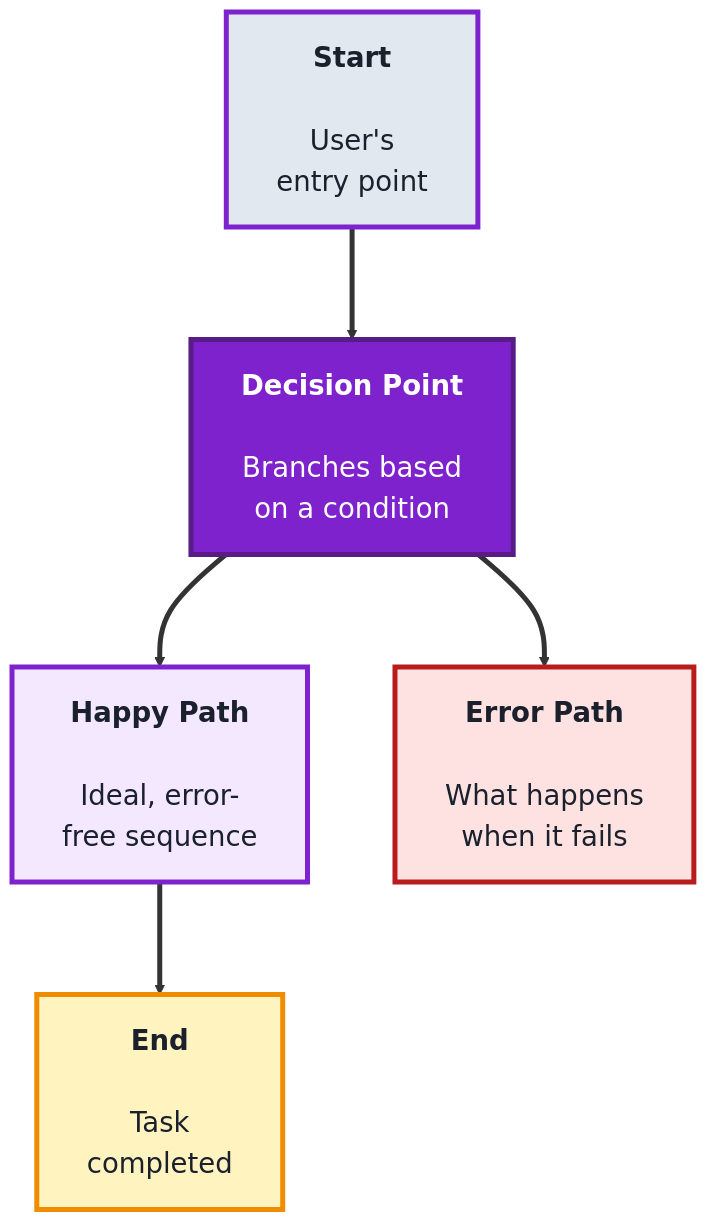
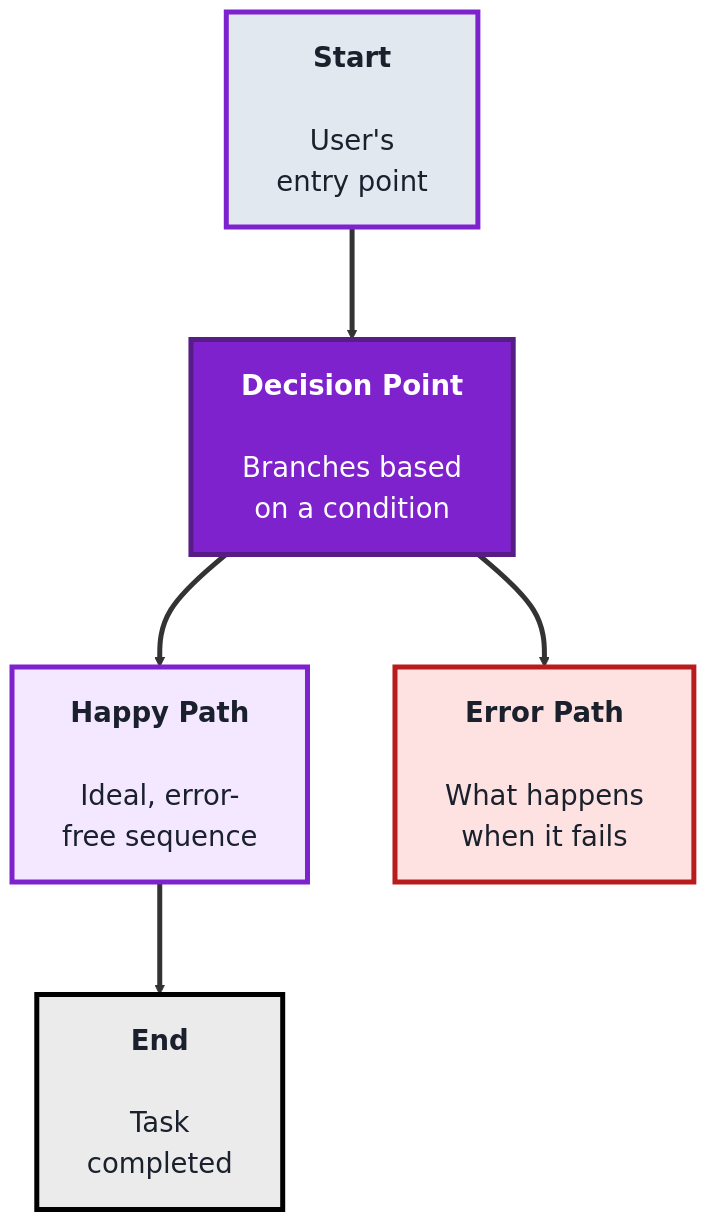
The second of 3 diagrams in src/Pages/courses/TechPO/product-design-module.md (SHEMODELTECH/shemodeltech), drawn with Mermaid before and after one commit. The commit also changed other lines of this file and 46 other files, not shown here.

````diff
--- a/src/Pages/courses/TechPO/product-design-module.md
+++ b/src/Pages/courses/TechPO/product-design-module.md
@@ -79,20 +79,20 @@
 ```mermaid
 %%{init: {'theme':'base', 'themeVariables': {'fontSize':'22px', 'primaryTextColor':'#1a202c', 'primaryBorderColor':'#7e22ce', 'lineColor':'#333333'}, 'flowchart': {'nodeSpacing': 70, 'rankSpacing': 90, 'padding': 20}}}%%
 flowchart TB
     S["<b>Start</b><br/><br/>User's<br/>entry point"]
     D["<b>Decision Point</b><br/><br/>Branches based<br/>on a condition"]
     HP["<b>Happy Path</b><br/><br/>Ideal, error-<br/>free sequence"]
     EP["<b>Error Path</b><br/><br/>What happens<br/>when it fails"]
     E["<b>End</b><br/><br/>Task<br/>completed"]
 
     S ==> D
     D ==> HP ==> E
     D ==> EP
 
     style S fill:#e2e8f0,color:#1a202c,stroke:#7e22ce,stroke-width:4px
     style D fill:#7e22ce,color:#fff,stroke:#581c87,stroke-width:4px
     style HP fill:#f3e8ff,color:#1a202c,stroke:#7e22ce,stroke-width:4px
     style EP fill:#fee2e2,color:#1a202c,stroke:#b91c1c,stroke-width:4px
-    style E fill:#fff3bf,color:#1a202c,stroke:#f08c00,stroke-width:4px
+    style E fill:#EBEBEB,color:#1a202c,stroke:#000000,stroke-width:4px
     linkStyle default stroke-width:4px,stroke:#333333
 ```
````
